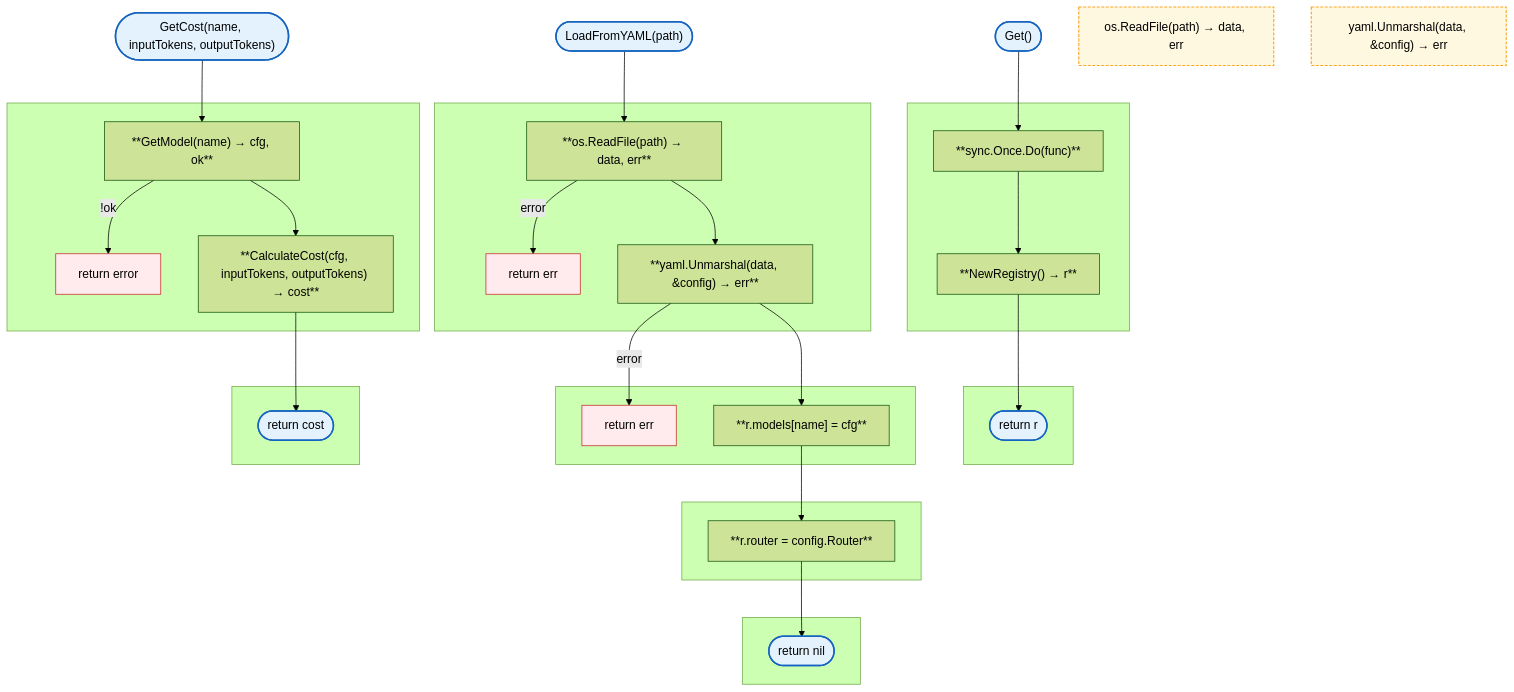
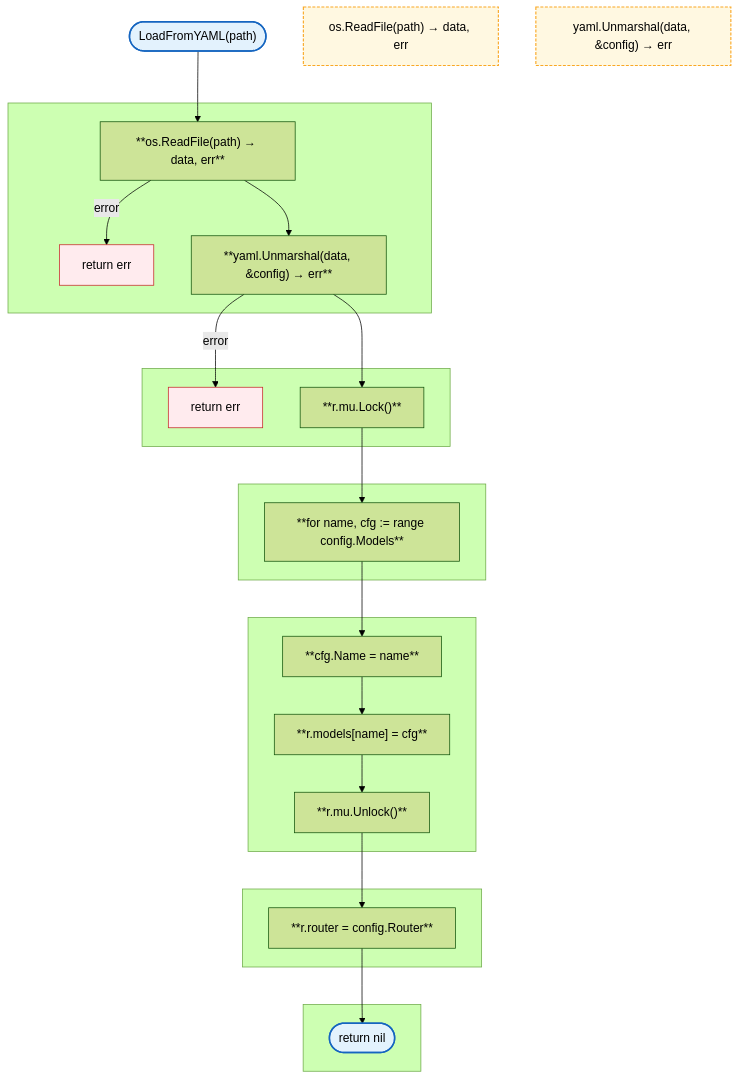
One commit to radch-ai/ava changed the third of 10 diagrams in docs/internal/llm-proxy/models.md. Above: the diagram before and after it, drawn with Mermaid (forest theme). The commit also changed other lines of this file and 23 other files, not shown here.

First line of the commit message:
docs: replace Functions sections with separate flowcharts for each function

````diff
--- a/docs/internal/llm-proxy/models.md
+++ b/docs/internal/llm-proxy/models.md
@@ -7,65 +44,52 @@
 ```mermaid
 flowchart TB
-    StartGet(["Get()"]) --> HOnce
-
-    subgraph SGOnce [" "]
-        HOnce["**sync.Once.Do(func)**"]
-        HOnce --> HNewRegistry
-    end
-
-    subgraph SGNewRegistry [" "]
-        HNewRegistry["**NewRegistry() → r**"]
-        HNewRegistry --> DoneGet(["return r"])
-    end
-
-    StartLoad(["LoadFromYAML(path)"]) --> HReadFile
+    Start(["LoadFromYAML(path)"]) --> HReadFile
 
     subgraph SGReadFile [" "]
         HReadFile["**os.ReadFile(path) → data, err**"]
         HReadFile -->|error| E1["return err"]
         HReadFile --> HUnmarshal
     end
 
     subgraph SGUnmarshal [" "]
         HUnmarshal["**yaml.Unmarshal(data, &config) → err**"]
         HUnmarshal -->|error| E2["return err"]
-        HUnmarshal --> HStoreModels
+        HUnmarshal --> HLock
+    end
+
+    subgraph SGLock [" "]
+        HLock["**r.mu.Lock()**"]
+        HLock --> HStoreModels
     end
 
     subgraph SGStoreModels [" "]
-        HStoreModels["**r.models[name] = cfg**"]
-        HStoreModels --> HStoreRouter
+        HStoreModels["**for name, cfg := range config.Models**"]
+        HStoreModels --> HSetName["**cfg.Name = name**"]
+        HSetName --> HMapStore["**r.models[name] = cfg**"]
+        HMapStore --> HUnlock
+    end
+
+    subgraph SGUnlock [" "]
+        HUnlock["**r.mu.Unlock()**"]
+        HUnlock --> HStoreRouter
     end
 
     subgraph SGStoreRouter [" "]
         HStoreRouter["**r.router = config.Router**"]
-        HStoreRouter --> DoneLoad(["return nil"])
-    end
-
-    StartCost(["GetCost(name, inputTokens, outputTokens)"]) --> HGetModel
-
-    subgraph SGGetModel [" "]
-        HGetModel["**GetModel(name) → cfg, ok**"]
-        HGetModel -->|!ok| E3["return error"]
-        HGetModel --> HCalculate
-    end
-
-    subgraph SGCalculate [" "]
-        HCalculate["**CalculateCost(cfg, inputTokens, outputTokens) → cost**"]
-        HCalculate --> DoneCost(["return cost"])
+        HStoreRouter --> Return(["return nil"])
     end
 
     ReadFile["os.ReadFile(path) → data, err"]
     Unmarshal["yaml.Unmarshal(data, &config) → err"]
 
     click ReadFile href "https://pkg.go.dev/os#ReadFile"
     click Unmarshal href "https://pkg.go.dev/gopkg.in/yaml.v3#Unmarshal"
 
     classDef mainFn fill:#e3f2fd,stroke:#1565c0,stroke-width:2px
     classDef localPkgs fill:#fff8e1,stroke:#f9a825,stroke-width:1.5px,stroke-dasharray:4 2
     classDef errorFlow fill:#ffebee,stroke:#c62828,stroke-width:1px
 
-    class StartGet,DoneGet,StartLoad,DoneLoad,StartCost,DoneCost mainFn
+    class Start,Return mainFn
     class ReadFile,Unmarshal localPkgs
-    class E1,E2,E3 errorFlow
+    class E1,E2 errorFlow
 ```
````
